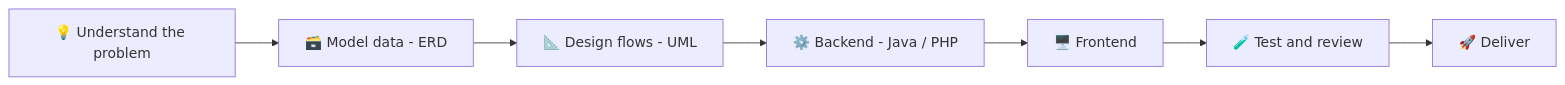
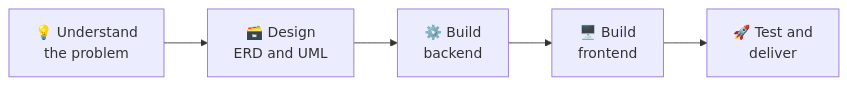
One commit to Evgueni-Nenane/Evgueni-Nenane changed the diagram in README.md. Above: the diagram before and after it, drawn with Mermaid. The commit also changed other lines of this file, not shown here.

````diff
--- a/README.md
+++ b/README.md
@@ -76,9 +95,7 @@
 ```mermaid
 flowchart LR
-    A[💡 Understand the problem] --> B[🗃️ Model data - ERD]
-    B --> C[📐 Design flows - UML]
-    C --> D[⚙️ Backend - Java / PHP]
-    D --> E[🖥️ Frontend]
-    E --> F[🧪 Test and review]
-    F --> G[🚀 Deliver]
+    A[💡 Understand<br>the problem] --> B[🗃️ Design<br>ERD and UML]
+    B --> C[⚙️ Build<br>backend]
+    C --> D[🖥️ Build<br>frontend]
+    D --> E[🚀 Test and<br>deliver]
 ```
````
